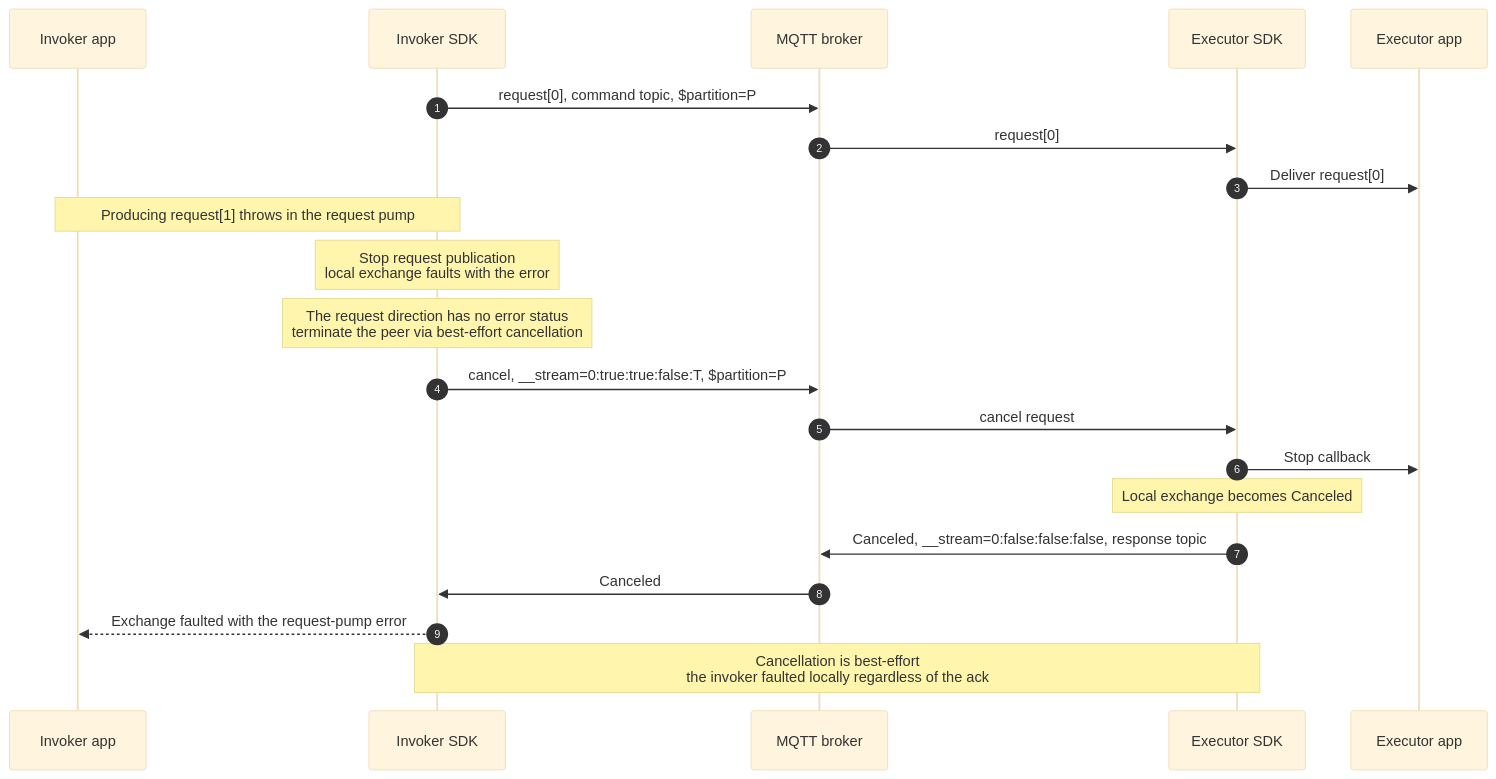
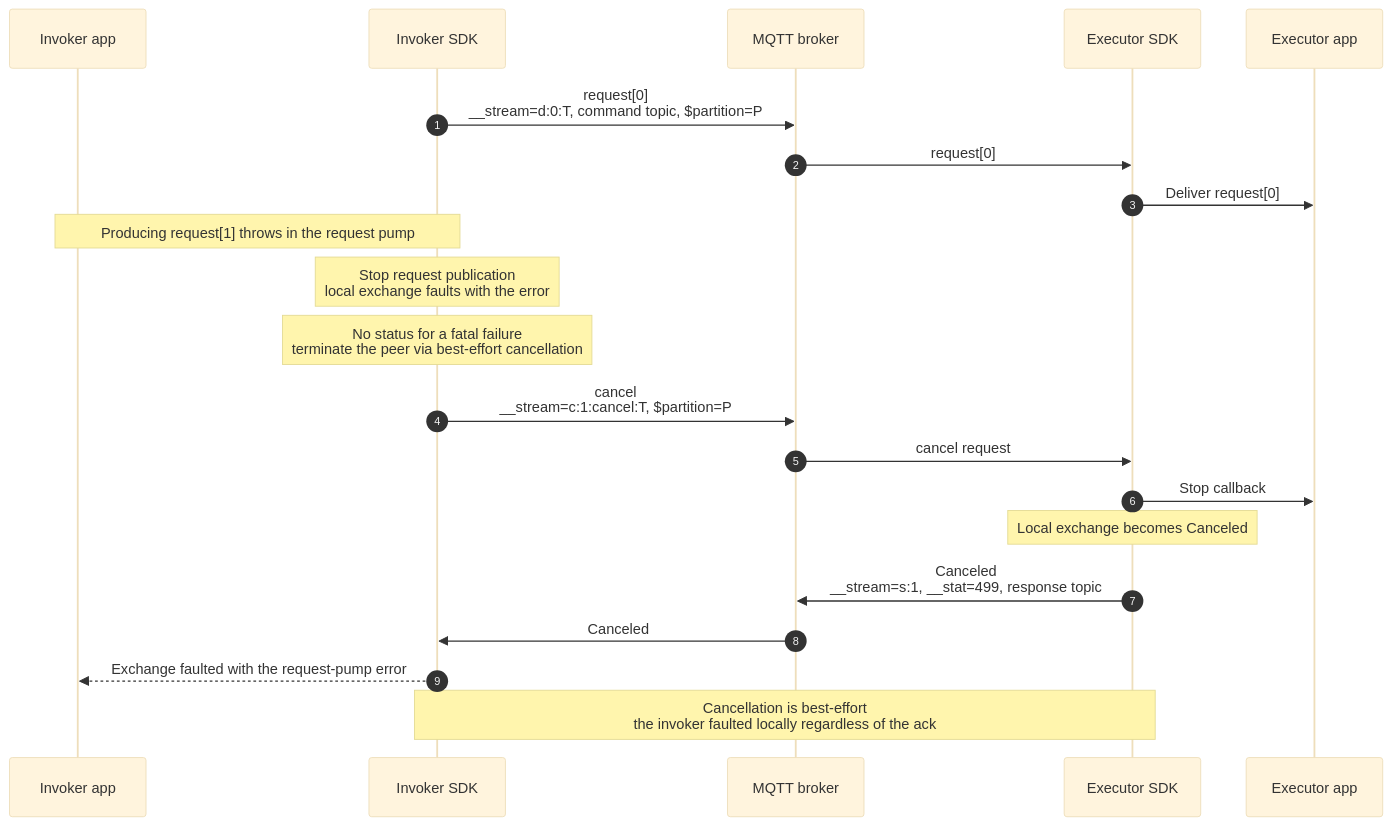
Before and after one commit to Azure/iot-operations-sdks: the eighth of 10 diagrams in doc/dev/adr/0025-rpc-streaming-lifecycle-diagrams.md, drawn with Mermaid (base theme). The commit also changed other lines of this file, not shown here.

Commit message:
refine terminology and clarify stream handling in RPC streaming documentation

````diff
--- a/doc/dev/adr/0025-rpc-streaming-lifecycle-diagrams.md
+++ b/doc/dev/adr/0025-rpc-streaming-lifecycle-diagrams.md
@@ -334,24 +315,24 @@
 ```mermaid
 sequenceDiagram
     autonumber
     participant IA as Invoker app
     participant IS as Invoker SDK
     participant B as MQTT broker
     participant ES as Executor SDK
     participant EA as Executor app
 
-    IS->>B: request[0], command topic, $partition=P
+    IS->>B: request[0]<br/>__stream=d:0:T, command topic, $partition=P
     B->>ES: request[0]
     ES->>EA: Deliver request[0]
     Note over IA,IS: Producing request[1] throws in the request pump
     Note over IS: Stop request publication<br/>local exchange faults with the error
-    Note over IS: The request direction has no error status<br/>terminate the peer via best-effort cancellation
-    IS->>B: cancel, __stream=0:true:true:false:T, $partition=P
+    Note over IS: No status for a fatal failure<br/>terminate the peer via best-effort cancellation
+    IS->>B: cancel<br/>__stream=c:1:cancel:T, $partition=P
     B->>ES: cancel request
     ES->>EA: Stop callback
     Note over ES: Local exchange becomes Canceled
-    ES->>B: Canceled, __stream=0:false:false:false, response topic
+    ES->>B: Canceled<br/>__stream=s:1, __stat=499, response topic
     B->>IS: Canceled
     IS-->>IA: Exchange faulted with the request-pump error
     Note over IS,ES: Cancellation is best-effort<br/>the invoker faulted locally regardless of the ack
 ```
````
